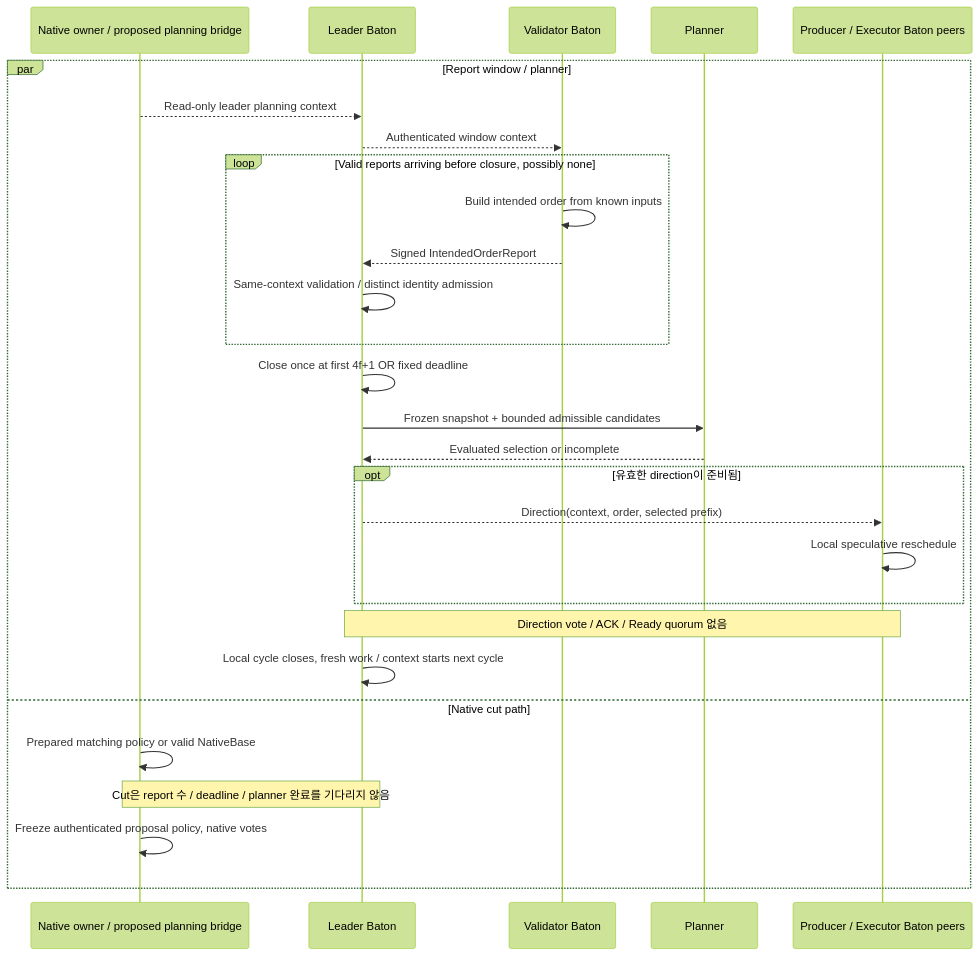
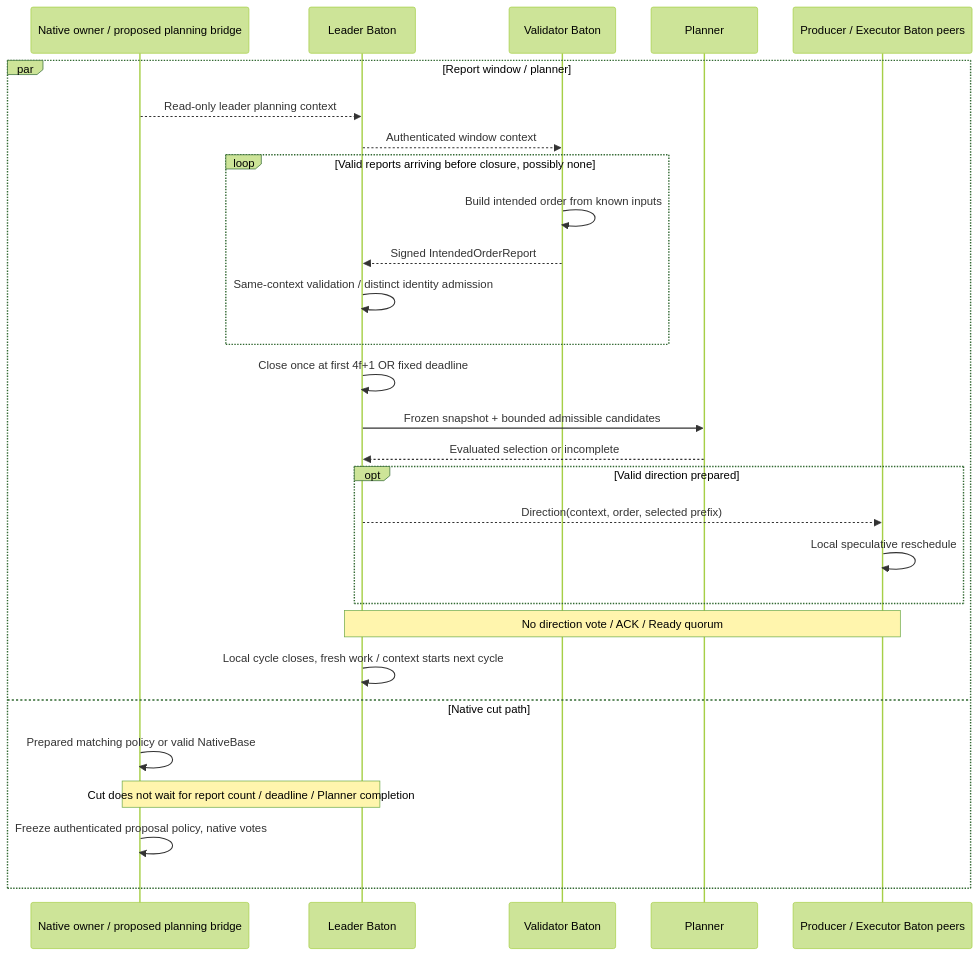
One commit to djm07073/baton-research changed the first of 2 diagrams in docs/e2e/leader.md. Above: the diagram before and after it, drawn with Mermaid (forest theme). The commit also changed other lines of this file and 99 other files, not shown here.

````diff
--- a/docs/e2e/leader.md
+++ b/docs/e2e/leader.md
@@ -7,30 +7,30 @@
 ```mermaid
 sequenceDiagram
     participant N as Native owner / proposed planning bridge
     participant L as Leader Baton
     participant V as Validator Baton
     participant P as Planner
     participant X as Producer / Executor Baton peers
     par Report window / planner
         N-->>L: Read-only leader planning context
         L-->>V: Authenticated window context
         loop Valid reports arriving before closure, possibly none
             V->>V: Build intended order from known inputs
             V-->>L: Signed IntendedOrderReport
             L->>L: Same-context validation / distinct identity admission
         end
         L->>L: Close once at first 4f+1 OR fixed deadline
         L->>P: Frozen snapshot + bounded admissible candidates
         P-->>L: Evaluated selection or incomplete
-        opt 유효한 direction이 준비됨
+        opt Valid direction prepared
             L-->>X: Direction(context, order, selected prefix)
             X->>X: Local speculative reschedule
         end
-        Note over L,X: Direction vote / ACK / Ready quorum 없음
+        Note over L,X: No direction vote / ACK / Ready quorum
         L->>L: Local cycle closes, fresh work / context starts next cycle
     and Native cut path
         N->>N: Prepared matching policy or valid NativeBase
-        Note over N,L: Cut은 report 수 / deadline / planner 완료를 기다리지 않음
+        Note over N,L: Cut does not wait for report count / deadline / Planner completion
         N->>N: Freeze authenticated proposal policy, native votes
     end
 ```
````
